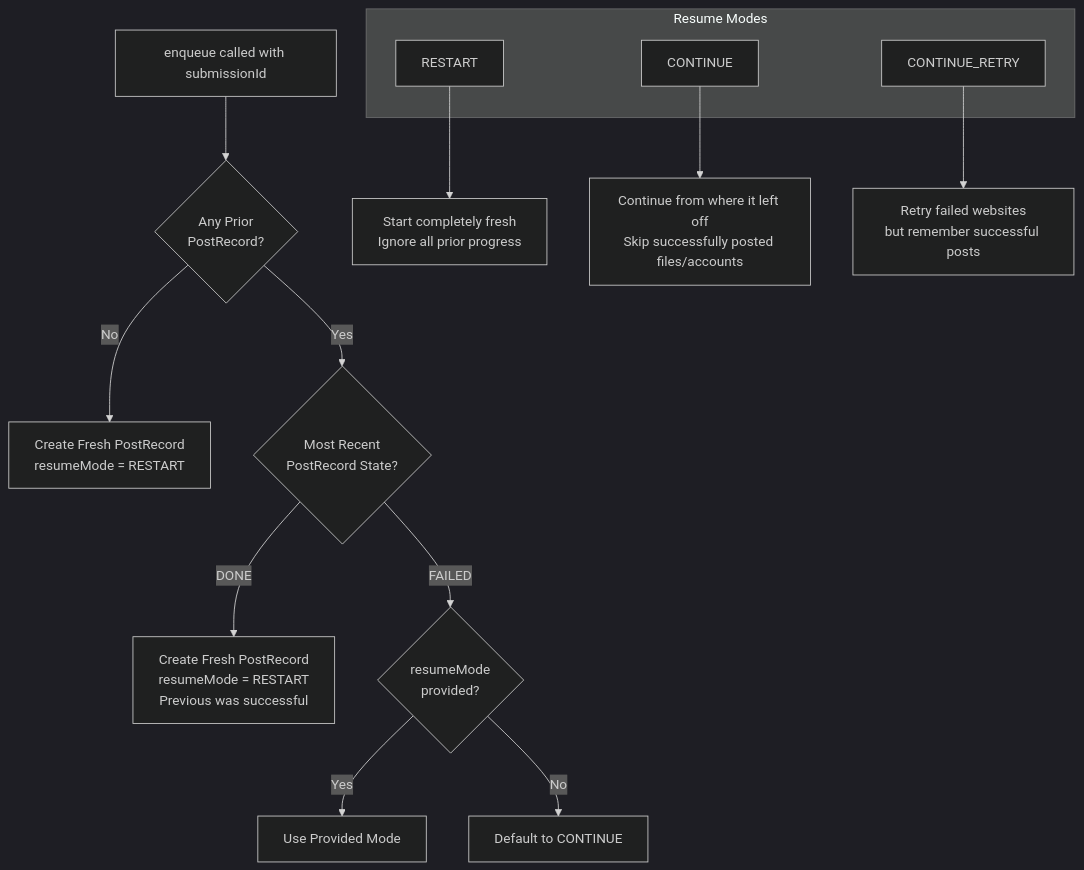
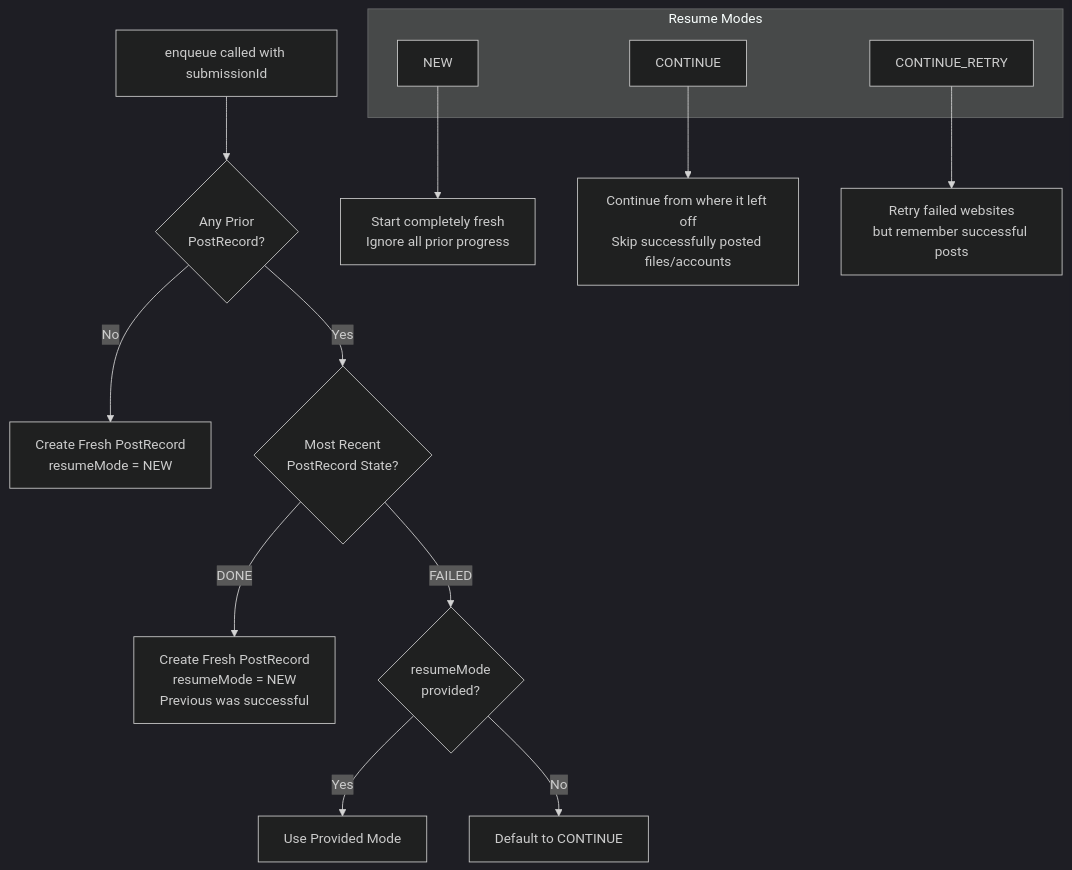
Before and after one commit to mvdicarlo/postybirb: the second of 10 diagrams in docs/POST_QUEUE_FLOWS.md, drawn with Mermaid (dark theme). The commit also changed other lines of this file and 6 other files, not shown here.

````diff
--- a/docs/POST_QUEUE_FLOWS.md
+++ b/docs/POST_QUEUE_FLOWS.md
@@ -43,25 +43,25 @@
 ```mermaid
 flowchart TD
     A[enqueue called with submissionId] --> B{Any Prior<br/>PostRecord?}
 
-    B -->|No| C[Create Fresh PostRecord<br/>resumeMode = RESTART]
+    B -->|No| C[Create Fresh PostRecord<br/>resumeMode = NEW]
 
     B -->|Yes| D{Most Recent<br/>PostRecord State?}
 
-    D -->|DONE| E[Create Fresh PostRecord<br/>resumeMode = RESTART<br/>Previous was successful]
+    D -->|DONE| E[Create Fresh PostRecord<br/>resumeMode = NEW<br/>Previous was successful]
 
     D -->|FAILED| F{resumeMode<br/>provided?}
 
     F -->|Yes| G[Use Provided Mode]
     F -->|No| H[Default to CONTINUE]
 
     subgraph Resume Modes
-        I[RESTART]
+        I[NEW]
         J[CONTINUE]
         K[CONTINUE_RETRY]
     end
 
     I --> L[Start completely fresh<br/>Ignore all prior progress]
     J --> M[Continue from where it left off<br/>Skip successfully posted files/accounts]
     K --> N[Retry failed websites<br/>but remember successful posts]
 ```
````
